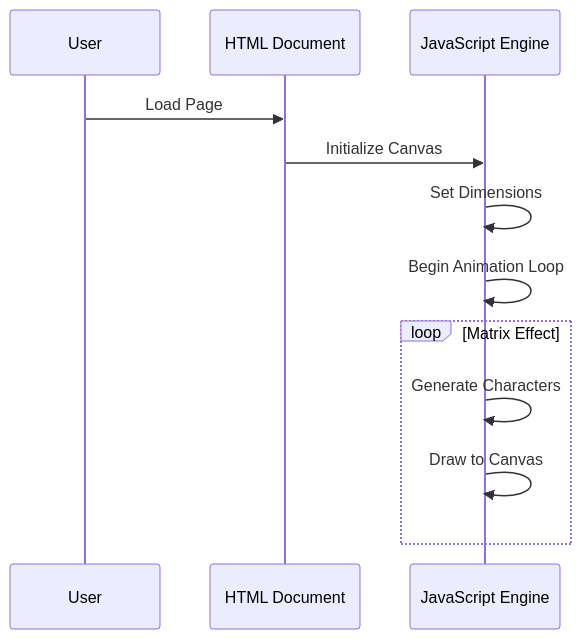
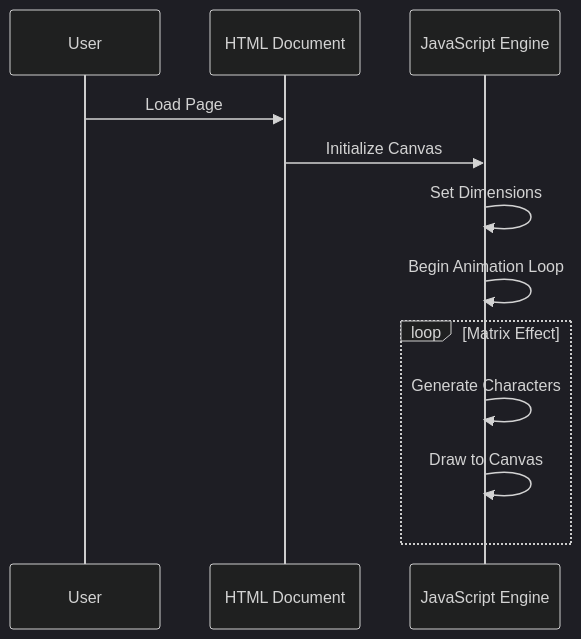
One commit to CongLeSolutionX/Orange-Cloud-Search changed the third of 3 diagrams in Documentation.md. Above: the diagram before and after it, drawn with Mermaid. The commit also changed other lines of this file and 1 other file, not shown here.

Commit message:
update style for Mermaid

````diff
--- a/Documentation.md
+++ b/Documentation.md
@@ -53,14 +65,20 @@
 ```mermaid
+---
+config:
+  layout: elk
+  look: handDrawn
+  theme: dark
+---
 sequenceDiagram
     participant User
     participant HTML as HTML Document
     participant JS as JavaScript Engine
     User->>HTML: Load Page
     HTML->>JS: Initialize Canvas
     JS->>JS: Set Dimensions
     JS->>JS: Begin Animation Loop
     loop Matrix Effect
         JS->>JS: Generate Characters
         JS->>JS: Draw to Canvas
     end
 ```
````
